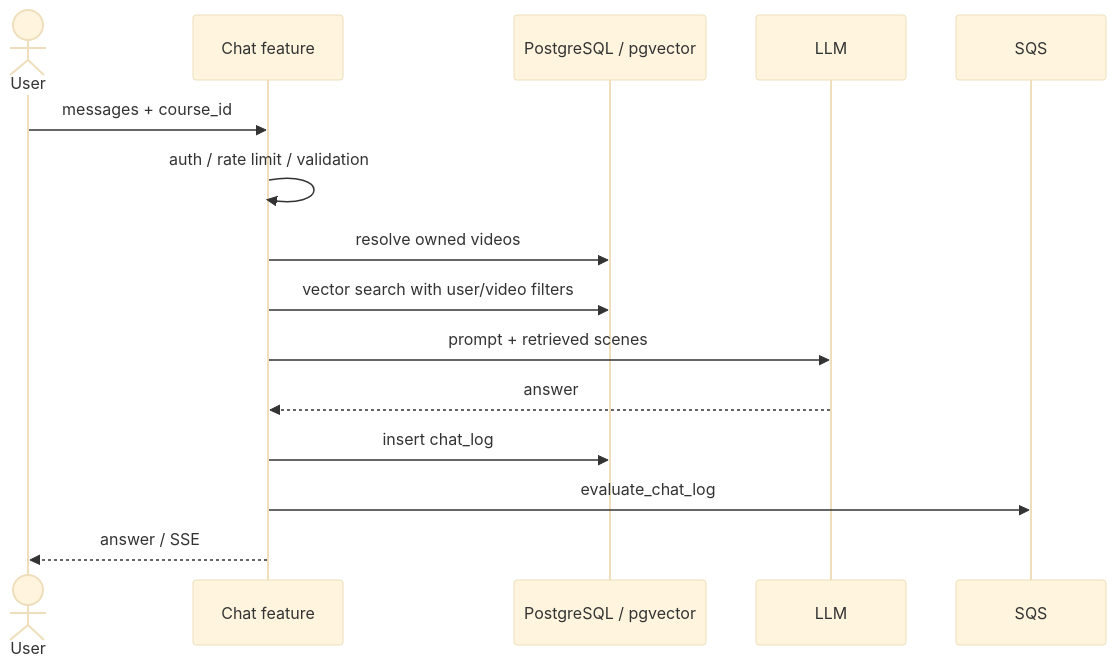
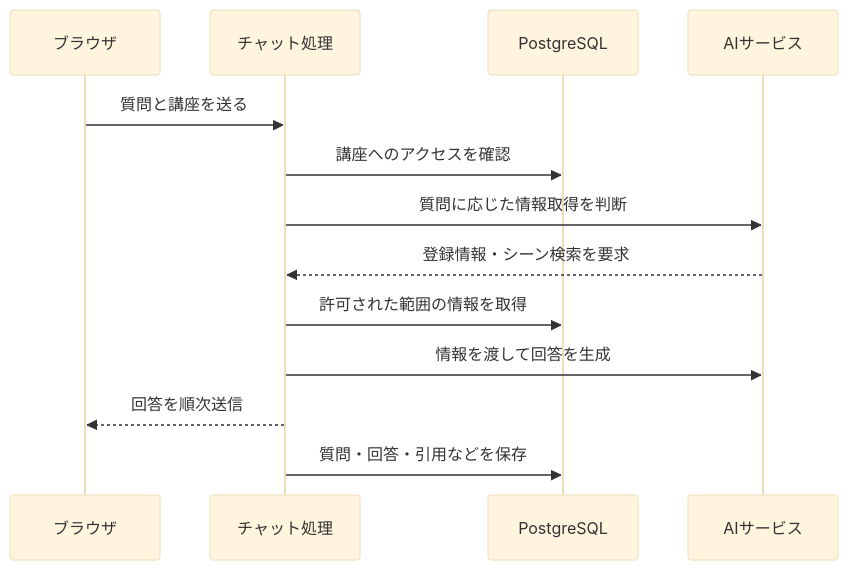
One commit to yukiharada1228/videoq changed the third of 3 diagrams in docs/design/sequence-diagram.md. Above: the diagram before and after it, drawn with Mermaid (base theme). The commit also changed other lines of this file and 62 other files, not shown here.

````diff
--- a/docs/design/sequence-diagram.md
+++ b/docs/design/sequence-diagram.md
@@ -47,18 +54,15 @@
 ```mermaid
 sequenceDiagram
-    actor User
-    participant API as Chat feature
-    participant DB as PostgreSQL / pgvector
-    participant LLM
-    participant SQS
-
-    User->>API: messages + course_id
-    API->>API: auth / rate limit / validation
-    API->>DB: resolve owned videos
-    API->>DB: vector search with user/video filters
-    API->>LLM: prompt + retrieved scenes
-    LLM-->>API: answer
-    API->>DB: insert chat_log
-    API->>SQS: evaluate_chat_log
-    API-->>User: answer / SSE
+    participant User as ブラウザ
+    participant API as チャット処理
+    participant DB as PostgreSQL
+    participant AI as AIサービス
+    User->>API: 質問と講座を送る
+    API->>DB: 講座へのアクセスを確認
+    API->>AI: 質問に応じた情報取得を判断
+    AI-->>API: 登録情報・シーン検索を要求
+    API->>DB: 許可された範囲の情報を取得
+    API->>AI: 情報を渡して回答を生成
+    API-->>User: 回答を順次送信
+    API->>DB: 質問・回答・引用などを保存
 ```
````
